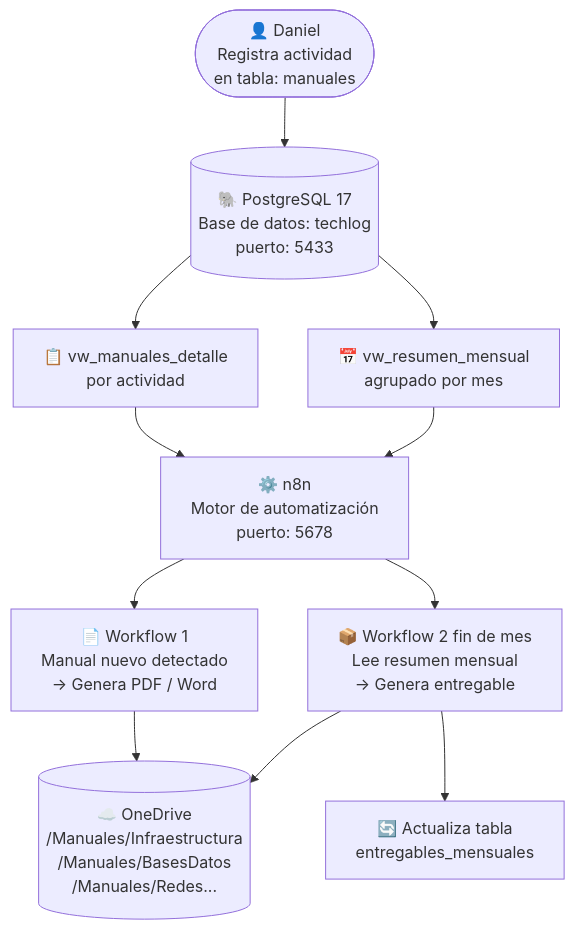
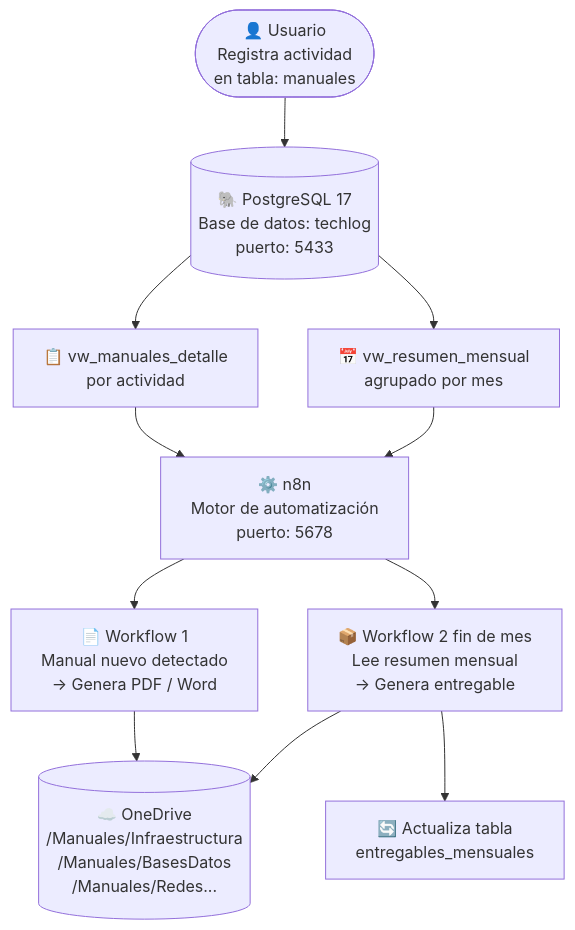
One commit to danitorey/TechLog-DB changed the diagram in README.md. Above: the diagram before and after it, drawn with Mermaid. The commit also changed other lines of this file, not shown here.

````diff
--- a/README.md
+++ b/README.md
@@ -12,21 +12,21 @@
 ```mermaid
 flowchart TD
-    A(["👤 Daniel\nRegistra actividad\nen tabla: manuales"]) --> B
+    A(["👤 Usuario\nRegistra actividad\nen tabla: manuales"]) --> B
 
     B[("🐘 PostgreSQL 17\nBase de datos: techlog\npuerto: 5433")]
 
     B --> C["📋 vw_manuales_detalle\npor actividad"]
     B --> D["📅 vw_resumen_mensual\nagrupado por mes"]
 
     C --> E
     D --> E
 
     E["⚙️ n8n\nMotor de automatización\npuerto: 5678"]
 
     E --> F["📄 Workflow 1\nManual nuevo detectado\n→ Genera PDF / Word"]
     E --> G["📦 Workflow 2  fin de mes\nLee resumen mensual\n→ Genera entregable"]
 
     F --> H[("☁️ OneDrive\n/Manuales/Infraestructura\n/Manuales/BasesDatos\n/Manuales/Redes...")]
     G --> H
     G --> I["🔄 Actualiza tabla\nentregables_mensuales"]
 ```
````
